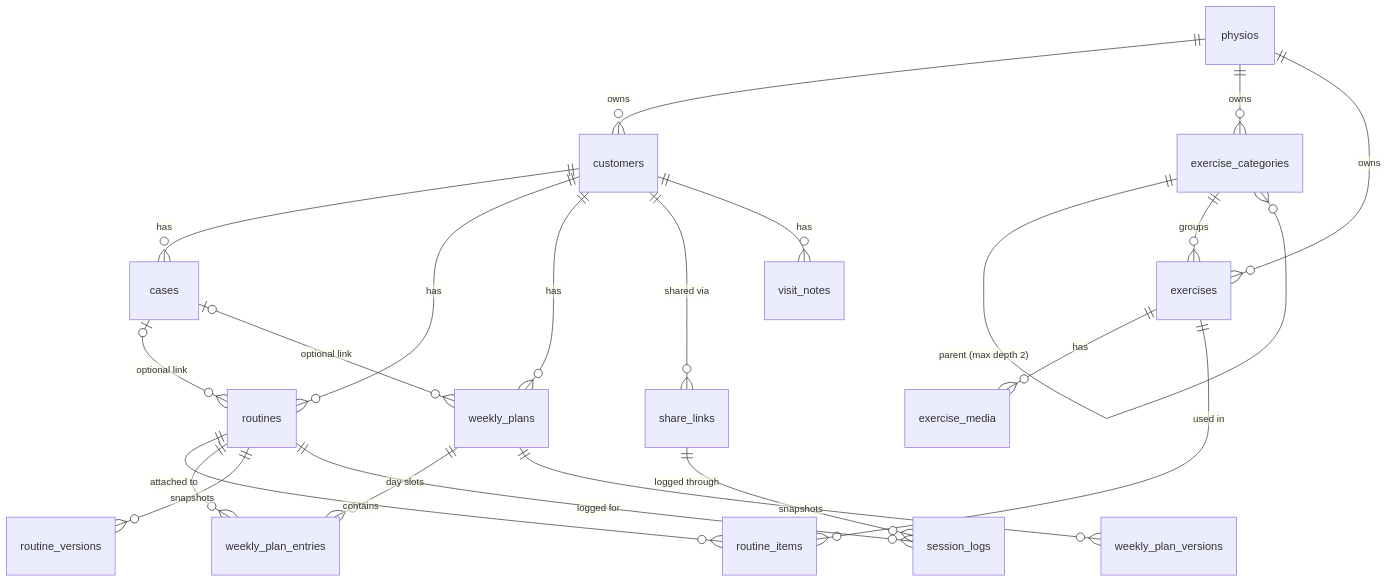
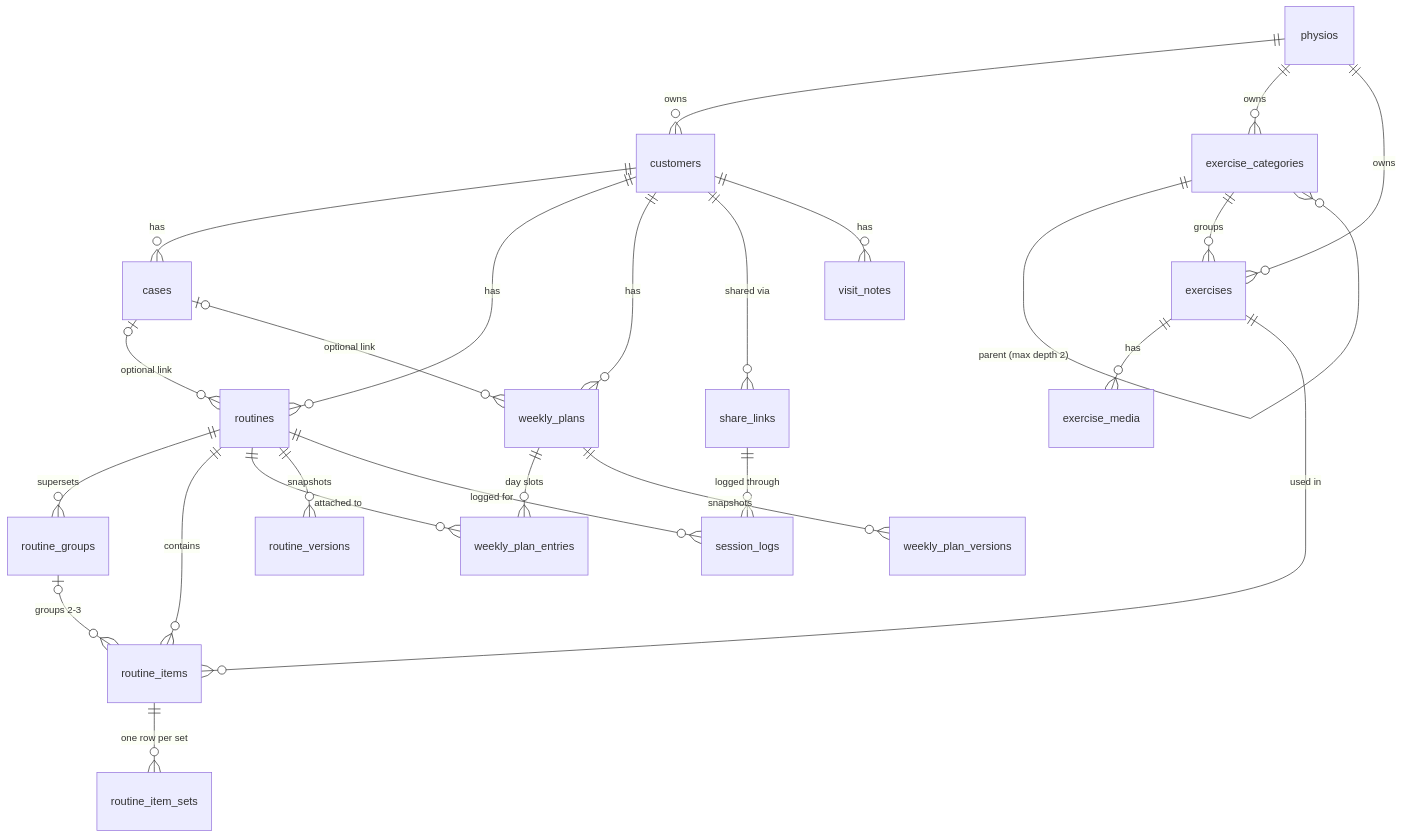
Before and after one commit to jopealgorta/physio-trainer: the diagram in docs/architecture.md, drawn with Mermaid. The commit also changed other lines of this file and 96 other files, not shown here.

First line of the commit message:
feat(routines): routines with per-set prescription and supersets (spec 05) (#14)

````diff
--- a/docs/architecture.md
+++ b/docs/architecture.md
@@ -122,24 +122,27 @@
 ```mermaid
 erDiagram
   physios ||--o{ customers : owns
   physios ||--o{ exercise_categories : owns
   physios ||--o{ exercises : owns
   exercise_categories ||--o{ exercise_categories : "parent (max depth 2)"
   exercise_categories ||--o{ exercises : groups
   exercises ||--o{ exercise_media : has
   customers ||--o{ cases : has
   customers ||--o{ routines : has
   customers ||--o{ weekly_plans : has
   cases |o--o{ routines : "optional link"
   cases |o--o{ weekly_plans : "optional link"
+  routines ||--o{ routine_groups : "supersets"
   routines ||--o{ routine_items : contains
+  routine_groups |o--o{ routine_items : "groups 2-3"
+  routine_items ||--o{ routine_item_sets : "one row per set"
   exercises ||--o{ routine_items : "used in"
   weekly_plans ||--o{ weekly_plan_entries : "day slots"
   routines ||--o{ weekly_plan_entries : "attached to"
   routines ||--o{ routine_versions : snapshots
   weekly_plans ||--o{ weekly_plan_versions : snapshots
   customers ||--o{ share_links : "shared via"
   share_links ||--o{ session_logs : "logged through"
   routines ||--o{ session_logs : "logged for"
   customers ||--o{ visit_notes : has
 ```
````
